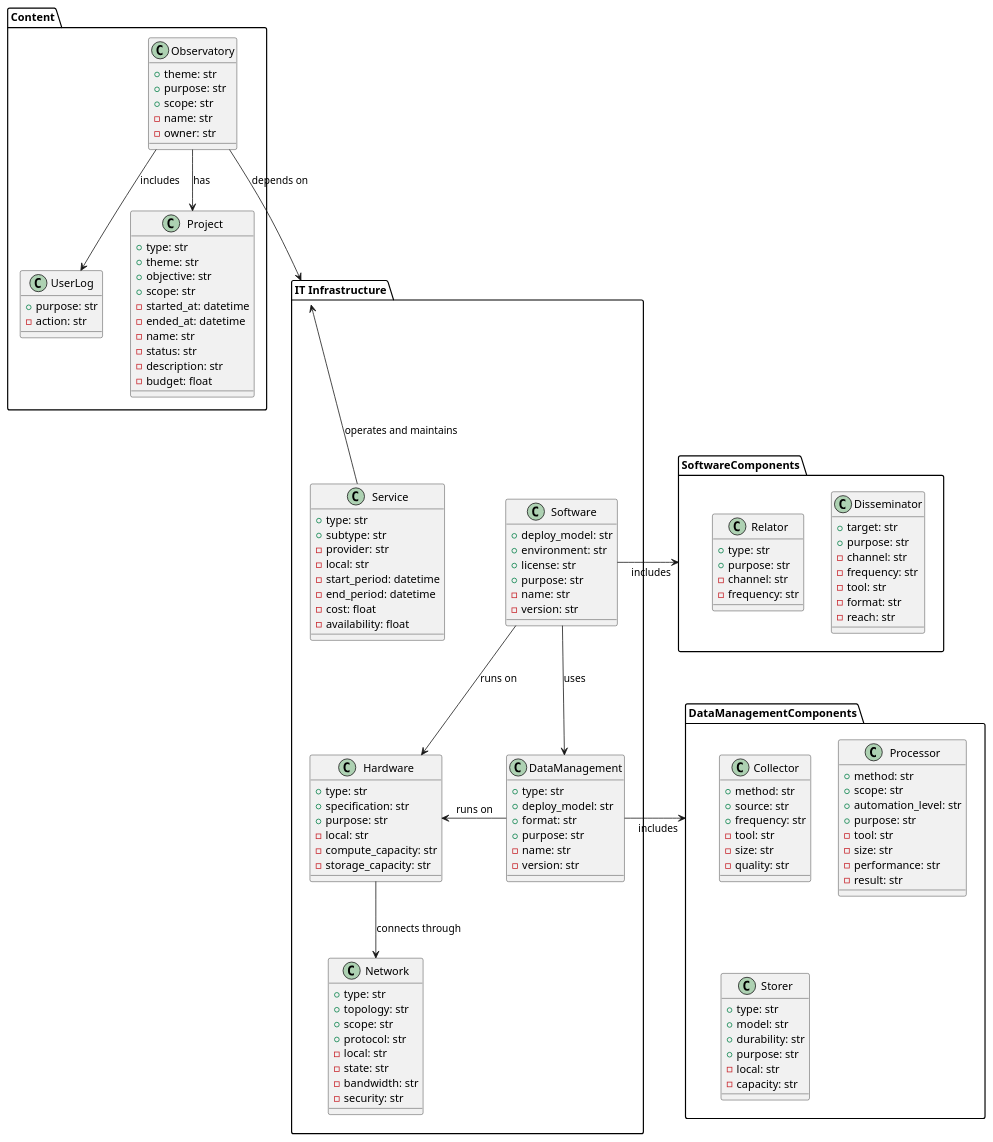
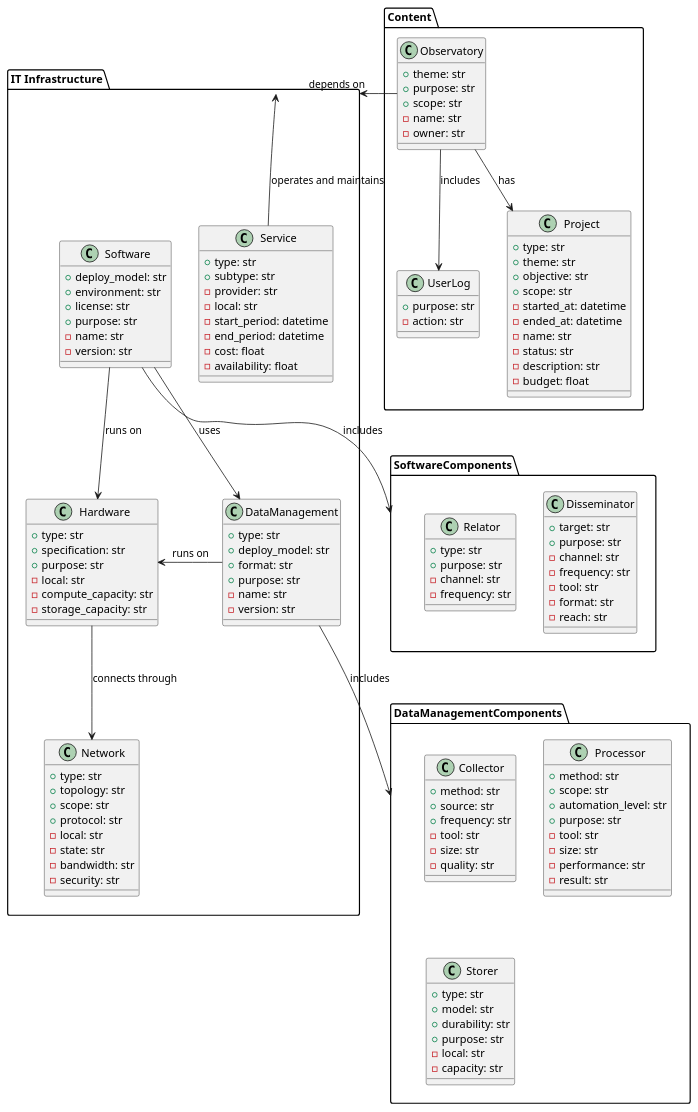
Before and after one commit to kvojps/onto-mpo: the diagram in mpo_structures_classification_tree.puml, drawn with PlantUML.

Commit message:
[refac]: reorder Content package definition and adjust relationships in MPO Structures Classification Tree

```diff
--- a/mpo_structures_classification_tree.puml
+++ b/mpo_structures_classification_tree.puml
@@ -1,141 +1,141 @@
 @startuml MPO Structures Classification Tree
-
-package "Content" as Content {
-    class Observatory {
-        + theme: str
-        + purpose: str
-        + scope: str
-        - name: str
-        - owner: str
-    }
-
-    class UserLog {
-        + purpose: str
-        - action: str
-    }
-
-    class Project {
-        + type: str
-        + theme: str
-        + objective: str
-        + scope: str
-        - started_at: datetime
-        - ended_at: datetime
-        - name: str
-        - status: str
-        - description: str
-        - budget: float
-    }
-
-    Observatory -down-> Project: has
-    Observatory -down-> UserLog: includes
-}
 
 package "IT Infrastructure" as Infra {
     class Service {
         + type: str
         + subtype: str
         - provider: str
         - local: str
         - start_period: datetime
         - end_period: datetime
         - cost: float
         - availability: float
     }
     class Hardware {
         + type: str
         + specification: str
         + purpose: str
         - local: str
         - compute_capacity: str
         - storage_capacity: str
     }
     class Network {
         + type: str
         + topology: str
         + scope: str
         + protocol: str
         - local: str
         - state: str
         - bandwidth: str
         - security: str
     }
     class DataManagement {
         + type: str
         + deploy_model: str
         + format: str
         + purpose: str
         - name: str
         - version: str
     }
     class Software {
         + deploy_model: str
         + environment: str
         + license: str
         + purpose: str
         - name: str
         - version: str
     }
 
     Software --> DataManagement : uses
     Software --> Hardware : runs on
     DataManagement -left-> Hardware : runs on
     Hardware --> Network : connects through
 }
 
+package "Content" as Content {
+    class Observatory {
+        + theme: str
+        + purpose: str
+        + scope: str
+        - name: str
+        - owner: str
+    }
+
+    class UserLog {
+        + purpose: str
+        - action: str
+    }
+
+    class Project {
+        + type: str
+        + theme: str
+        + objective: str
+        + scope: str
+        - started_at: datetime
+        - ended_at: datetime
+        - name: str
+        - status: str
+        - description: str
+        - budget: float
+    }
+
+    Observatory -down-> Project: has
+    Observatory -down-> UserLog: includes
+}
+
 package "SoftwareComponents" as SoftComp {
     class Disseminator {
         + target: str
         + purpose: str
         - channel: str
         - frequency: str
         - tool: str
         - format: str
         - reach: str
     }
 
     class Relator {
         + type: str
         + purpose: str
         - channel: str
         - frequency: str
     }
 }
 
 package "DataManagementComponents" as DataComp {
     class Collector {
         + method: str
         + source: str
         + frequency: str
         - tool: str
         - size: str
         - quality: str
     }
 
     Class Processor {
         + method: str
         + scope: str
         + automation_level: str
         + purpose: str
         - tool: str
         - size: str
         - performance: str
         - result: str
     }
 
     class Storer {
         + type: str
         + model: str
         + durability: str
         + purpose: str
         - local: str
         - capacity: str
     }
 }
 
 Service -up-> Infra : operates and maintains
-Software -> SoftComp : includes
-DataManagement -> DataComp : includes
-Observatory -down-> Infra : depends on
+Software -down-> SoftComp : includes
+DataManagement -down-> DataComp : includes
+Observatory -left-> Infra : depends on
 
 @enduml
```
